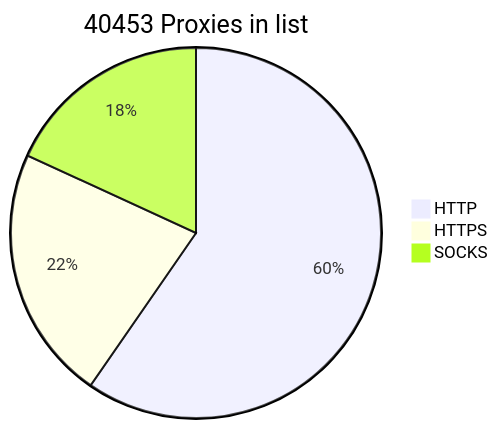
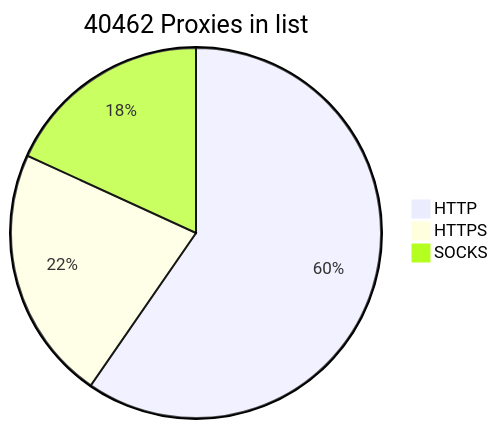
The diagram in README.md (BlackSnowDot/proxylist-update-every-minute), drawn with Mermaid before and after one commit.

````diff
--- a/README.md
+++ b/README.md
@@ -2,6 +2,6 @@
 ```mermaid
-pie title 40453 Proxies in list
+pie title 40462 Proxies in list
     "HTTP" : 28331
     "HTTPS": 10562
-    "SOCKS" : 8620
+    "SOCKS" : 8629
 ```
````
